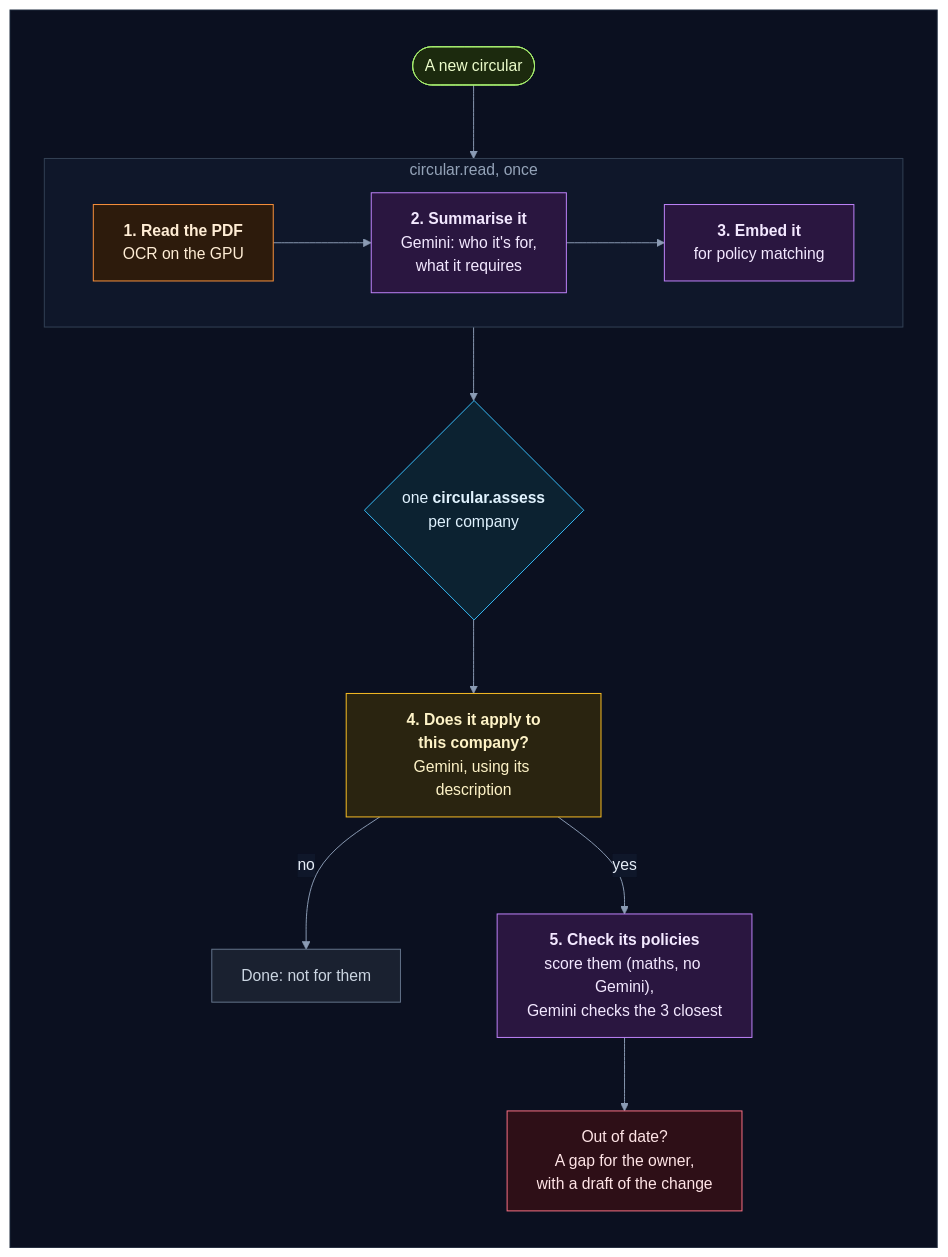
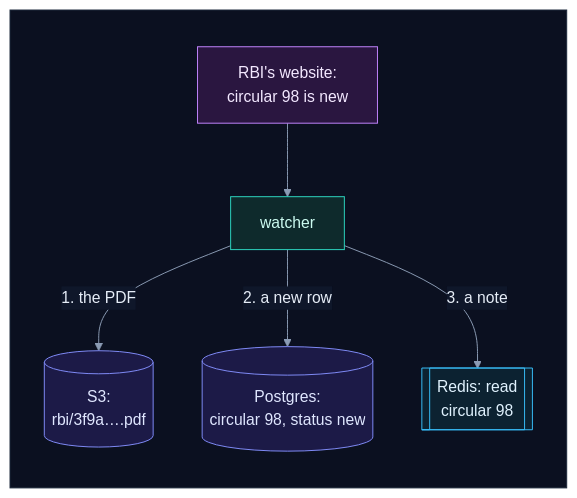
One commit to selvakumarperumal/Regulatory_Circular_Impact_Agent changed the sixth of 52 diagrams in how_it_works.md. Above: the diagram before and after it, drawn with Mermaid. The commit also changed other lines of this file and 3 other files, not shown here.

First line of the commit message:
Rewrite how_it_works.md in plain words, a diagram per step

````diff
--- a/how_it_works.md
+++ b/how_it_works.md
@@ -256,37 +383,26 @@
 ```mermaid
 %%{init: {"theme": "base", "flowchart": {"diagramPadding": 0}, "themeVariables": {"darkMode": true, "primaryColor": "#16213a", "primaryTextColor": "#e6edf7", "primaryBorderColor": "#475a7a", "lineColor": "#8b9bb4", "secondaryColor": "#1b2436", "tertiaryColor": "#101a2e", "edgeLabelBackground": "#0f172a", "textColor": "#e2e8f0", "clusterBkg": "#0f1728", "clusterBorder": "#2b3a55", "titleColor": "#c4b5fd", "nodeTextColor": "#e6edf7"}}}%%
 flowchart TD
     subgraph canvas[" "]
         direction TB
-        new(["A new circular"]) --> read
-        subgraph read["circular.read, once"]
-            direction LR
-            s1["<b>1. Read the PDF</b><br/>OCR on the GPU"] --> s2["<b>2. Summarise it</b><br/>Gemini: who it's for,<br/>what it requires"]
-            s2 --> s3["<b>3. Embed it</b><br/>for policy matching"]
-        end
-        read --> fan{"one <b>circular.assess</b><br/>per company"}
-        fan --> q["<b>4. Does it apply to<br/>this company?</b><br/>Gemini, using its description"]
-        q -->|no| notus["Done: not for them"]
-        q -->|yes| s4["<b>5. Check its policies</b><br/>score them (maths, no Gemini),<br/>Gemini checks the 3 closest"]
-        s4 --> s5["Out of date?<br/>A gap for the owner,<br/>with a draft of the change"]
+        site["RBI's website:<br/>circular 98 is new"] --> w["watcher"]
+        w -->|"1. the PDF"| s3[("S3:<br/>rbi/3f9a….pdf")]
+        w -->|"2. a new row"| db[("Postgres:<br/>circular 98, status new")]
+        w -->|"3. a note"| q[["Redis: read<br/>circular 98"]]
     end
     classDef svc fill:#0e2a2c,stroke:#2dd4bf,color:#ccfbf1
     classDef data fill:#1c1a47,stroke:#818cf8,color:#e0e7ff
     classDef ext fill:#2a1640,stroke:#c084fc,color:#f3e8ff
     classDef gpu fill:#2d1b0c,stroke:#fb923c,color:#ffedd5
     classDef ask fill:#2a2410,stroke:#fbbf24,color:#fef3c7
     classDef ok fill:#0b2a1c,stroke:#34d399,color:#d1fae5
     classDef bad fill:#2e0f17,stroke:#fb7185,color:#ffe4e6
     classDef start fill:#1c2a0e,stroke:#a7ef6f,color:#ecfccb
     classDef muted fill:#1a2130,stroke:#64748b,color:#cbd5e1
     classDef queue fill:#0c2231,stroke:#38bdf8,color:#e0f2fe
-    class new start
-    class s1 gpu
-    class s2,s3,s4 ext
-    class fan queue
-    class q ask
-    class notus muted
-    class s5 bad
-    style read fill:#0f172a,stroke:#334155,color:#94a3b8
+    class site ext
+    class w svc
+    class s3,db data
+    class q queue
     style canvas fill:#0b1020,stroke:#1e293b,color:#0b1020
 ```
````
